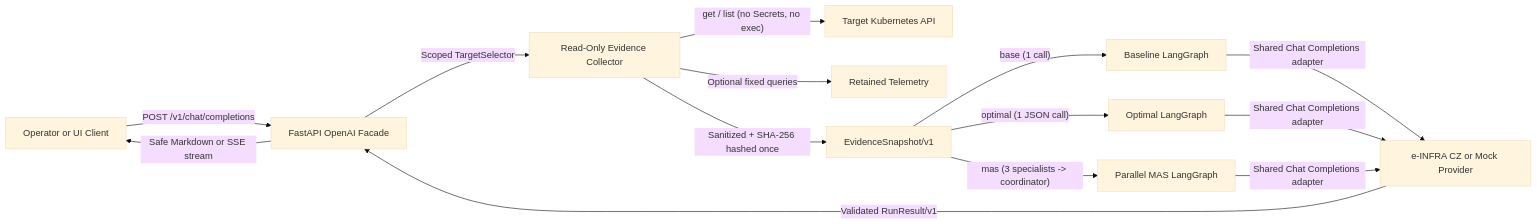
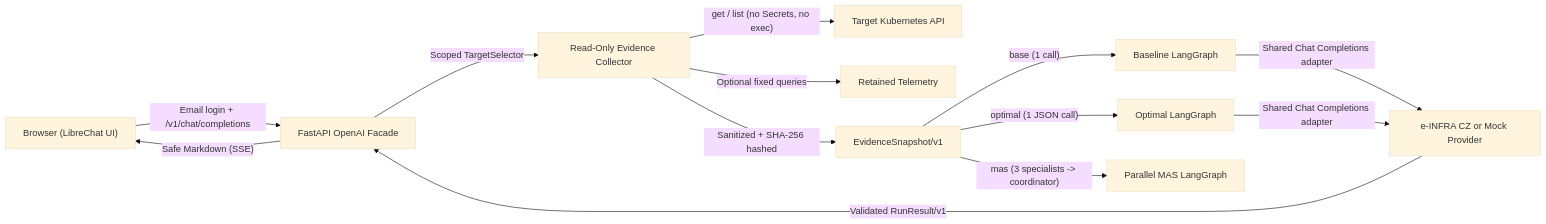
One commit to jkuzel02/RCAnnon changed the diagram in docs/getting-started.md. Above: the diagram before and after it, drawn with Mermaid (base theme). The commit also changed other lines of this file and 7 other files, not shown here.

````diff
--- a/docs/getting-started.md
+++ b/docs/getting-started.md
@@ -9,16 +51,15 @@
 ```mermaid
 flowchart LR
-    U["Operator or UI Client"] -->|"POST /v1/chat/completions"| A["FastAPI OpenAI Facade"]
+    U["Browser (LibreChat UI)"] -->|"Email login + /v1/chat/completions"| A["FastAPI OpenAI Facade"]
     A -->|"Scoped TargetSelector"| C["Read-Only Evidence Collector"]
     C -->|"get / list (no Secrets, no exec)"| K["Target Kubernetes API"]
     C -->|"Optional fixed queries"| P["Retained Telemetry"]
-    C -->|"Sanitized + SHA-256 hashed once"| S["EvidenceSnapshot/v1"]
+    C -->|"Sanitized + SHA-256 hashed"| S["EvidenceSnapshot/v1"]
     S -->|"base (1 call)"| W1["Baseline LangGraph"]
     S -->|"optimal (1 JSON call)"| W2["Optimal LangGraph"]
     S -->|"mas (3 specialists -> coordinator)"| W3["Parallel MAS LangGraph"]
     W1 -->|"Shared Chat Completions adapter"| L["e-INFRA CZ or Mock Provider"]
     W2 -->|"Shared Chat Completions adapter"| L
-    W3 -->|"Shared Chat Completions adapter"| L
     L -->|"Validated RunResult/v1"| A
-    A -->|"Safe Markdown or SSE stream"| U
+    A -->|"Safe Markdown (SSE)"| U
 ```
````
